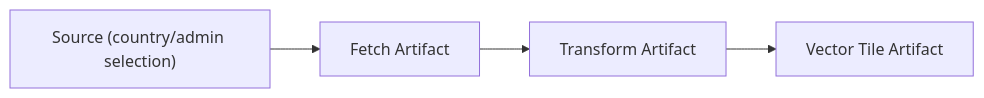
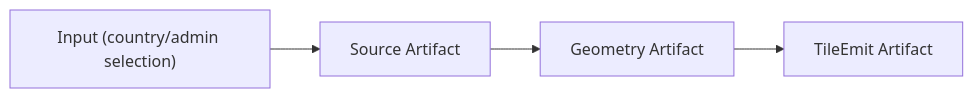
One commit to kubohiroya/hierarchidb changed the diagram in docs/build-session-spec.md. Above: the diagram before and after it, drawn with Mermaid. The commit also changed other lines of this file and 10 other files, not shown here.

````diff
--- a/docs/build-session-spec.md
+++ b/docs/build-session-spec.md
@@ -24,6 +53,6 @@
 ```mermaid
 graph LR
-  S["Source (country/admin selection)" ] --> F["Fetch Artifact"]
-  F --> T["Transform Artifact"]
-  T --> V["Vector Tile Artifact"]
+  I["Input (country/admin selection)"] --> SA["Source Artifact"]
+  SA --> GA["Geometry Artifact"]
+  GA --> TA["TileEmit Artifact"]
 ```
````
